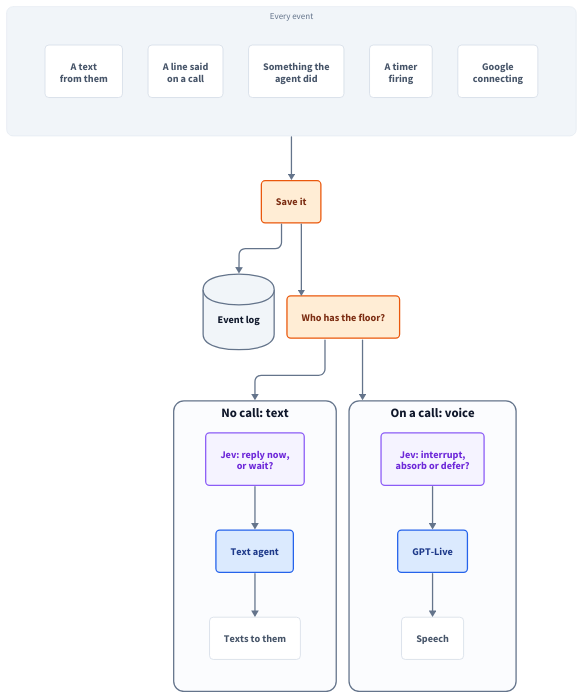
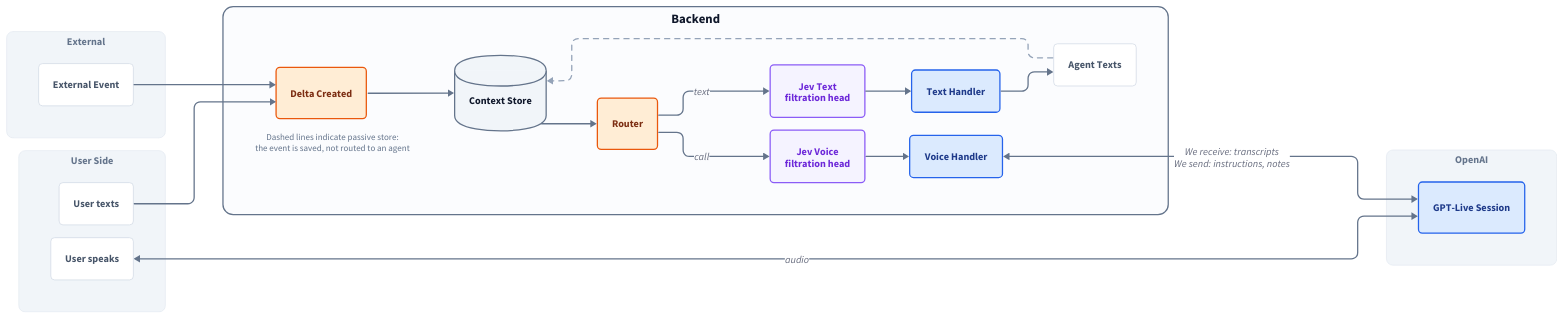
One commit to scaryjoshie/persona-takehome changed the diagram in docs/diagrams/routing.d2. Above: the diagram before and after it, drawn with D2. The commit also changed 6 other files, not shown here.

Commit message:
Diagrams in Joshua's vocabulary (Delta Created, Context Store, Router, Jev filtration heads, Handlers, GPT-Live Session)

```diff
--- a/docs/diagrams/routing.d2
+++ b/docs/diagrams/routing.d2
@@ -1,53 +1,65 @@
-# How an event is routed. Render: d2 routing.d2 routing.svg
+# Event routing. Render: d2 routing.d2 routing.svg
 # Styling follows cado's tools/depgraph/arch.d2: white leaves on tinted trays, slate edges.
 vars: {
   d2-config: { layout-engine: elk; theme-id: 0; pad: 40 }
 }
-direction: down
+direction: right
 
 classes: {
   leaf: { style: { fill: "#FFFFFF"; stroke: "#CBD5E1"; stroke-width: 1; border-radius: 6; font-color: "#475569" } }
   flow: { style: { fill: "#FFEDD5"; stroke: "#EA580C"; stroke-width: 2; border-radius: 6; font-color: "#7C2D12"; bold: true } }
   agent: { style: { fill: "#DBEAFE"; stroke: "#2563EB"; stroke-width: 2; border-radius: 6; font-color: "#1E3A8A" } }
   jev: { style: { fill: "#F5F3FF"; stroke: "#8B5CF6"; stroke-width: 2; border-radius: 6; font-color: "#6D28D9"; italic: true } }
   store: { shape: cylinder; style: { fill: "#F1F5F9"; stroke: "#64748B"; stroke-width: 2; font-color: "#0F172A" } }
   domain: { style: { fill: "#FBFCFE"; stroke: "#64748B"; stroke-width: 2; border-radius: 16; font-color: "#0F172A"; bold: true; font-size: 20 } }
-  layer: { style: { fill: "#F1F5F9"; stroke: "#E2E8F0"; stroke-width: 1; border-radius: 10; font-color: "#64748B"; font-size: 14 } }
+  layer: { style: { fill: "#F1F5F9"; stroke: "#E2E8F0"; stroke-width: 1; border-radius: 10; font-color: "#64748B"; font-size: 16; bold: true } }
   wire: { style: { stroke: "#64748B"; stroke-width: 2 } }
+  passive: { style: { stroke: "#94A3B8"; stroke-width: 2; stroke-dash: 4 } }
 }
 
-events: "Every event" {
+external: "External" {
   class: layer
-  grid-columns: 5
-  texts: "A text\nfrom them" { class: leaf }
-  call: "A line said\non a call" { class: leaf }
-  tools: "Something the\nagent did" { class: leaf }
-  timers: "A timer\nfiring" { class: leaf }
-  google: "Google\nconnecting" { class: leaf }
+  event: "External Event" { class: leaf }
 }
 
-save: "Save it" { class: flow }
-log: "Event log" { class: store }
-route: "Who has the floor?" { class: flow }
-
-text: "No call: text" {
-  class: domain
-  check: "Jev: reply now,\nor wait?" { class: jev }
-  agent: "Text agent" { class: agent }
-  out: "Texts to them" { class: leaf }
-  check -> agent -> out: { class: wire }
+user: "User Side" {
+  class: layer
+  texts: "User texts" { class: leaf }
+  speaks: "User speaks" { class: leaf }
 }
 
-voice: "On a call: voice" {
+backend: "Backend" {
   class: domain
-  verb: "Jev: interrupt,\nabsorb or defer?" { class: jev }
-  live: "GPT-Live" { class: agent }
-  out: "Speech" { class: leaf }
-  verb -> live -> out: { class: wire }
+  delta: "Delta Created" { class: flow }
+  store: "Context Store" { class: store }
+  router: "Router" { class: flow }
+  jev_text: "Jev Text\nfiltration head" { class: jev }
+  jev_voice: "Jev Voice\nfiltration head" { class: jev }
+  text: "Text Handler" { class: agent }
+  voice: "Voice Handler" { class: agent }
+  agent_texts: "Agent Texts" { class: leaf }
+  note: "Dashed lines indicate passive store:\nthe event is saved, not routed to an agent" {
+    shape: text
+    style.font-color: "#64748B"
+    style.font-size: 14
+  }
+
+  delta -> store: { class: wire }
+  store -> router: { class: wire }
+  router -> jev_text: "text" { class: wire }
+  router -> jev_voice: "call" { class: wire }
+  jev_text -> text: { class: wire }
+  jev_voice -> voice: { class: wire }
+  text -> agent_texts: { class: wire }
+  agent_texts -> store: { class: passive }
 }
 
-events -> save: { class: wire }
-save -> log: { class: wire }
-save -> route: { class: wire }
-route -> text: { class: wire }
-route -> voice: { class: wire }
+openai: "OpenAI" {
+  class: layer
+  live: "GPT-Live Session" { class: agent }
+}
+
+external.event -> backend.delta: { class: wire }
+user.texts -> backend.delta: { class: wire }
+user.speaks <-> openai.live: "audio" { class: wire }
+backend.voice <-> openai.live: "We receive: transcripts\nWe send: instructions, notes" { class: wire }
```
